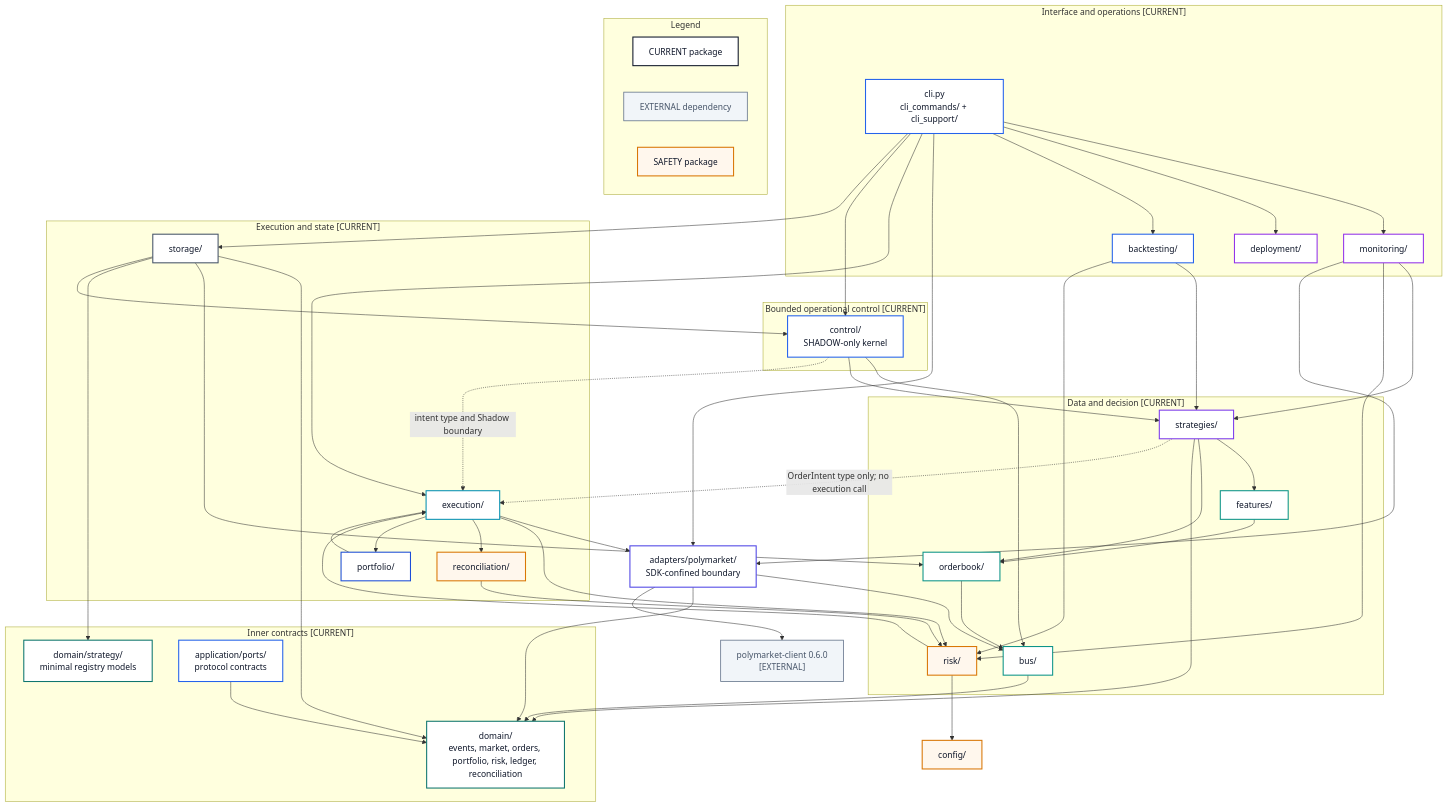
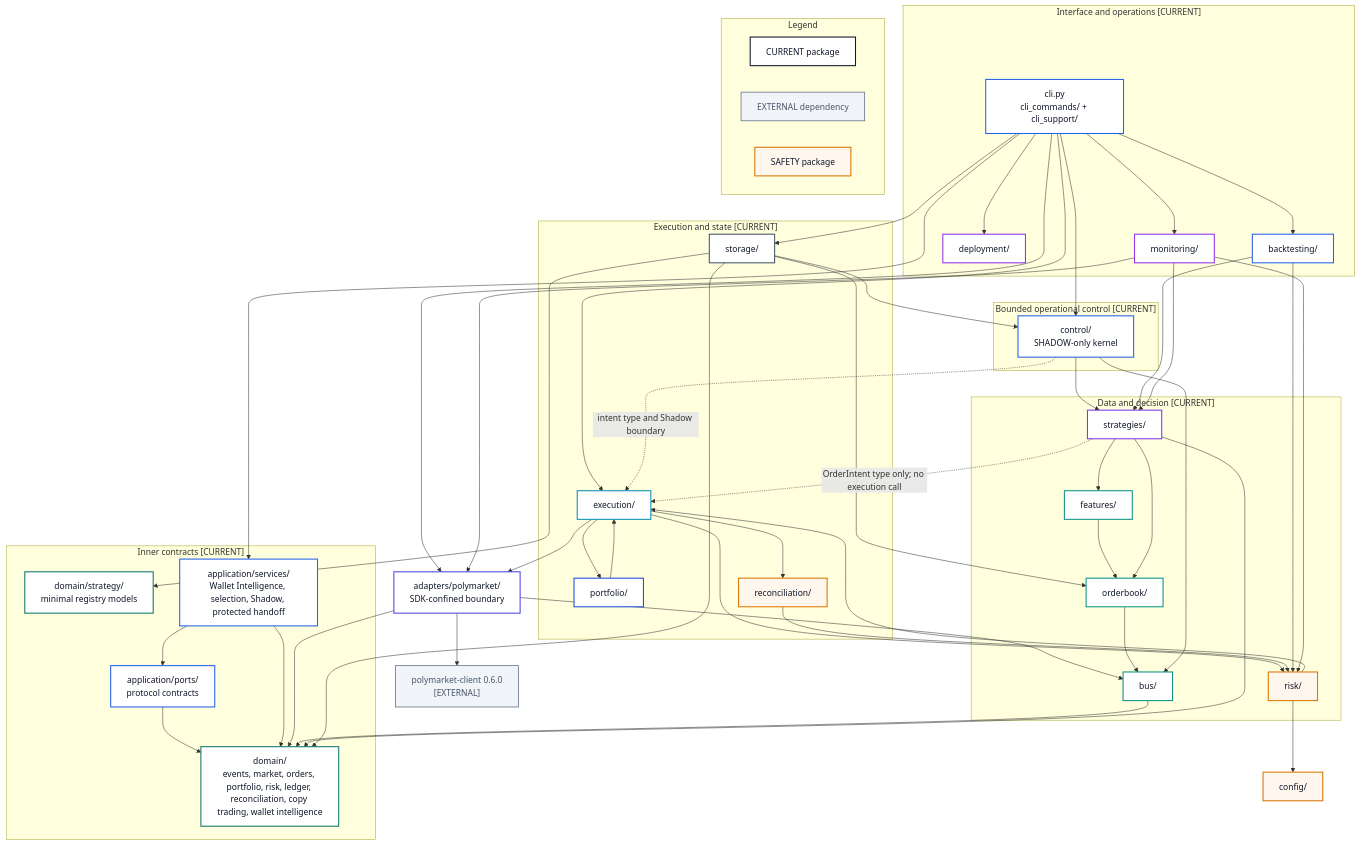
The diagram in docs/04-architecture/visual-system/views/05-current-component-map.md (PolySia-Systems/Platform), drawn with Mermaid before and after one commit. The commit also changed other lines of this file and 36 other files, not shown here.

Commit message:
docs(architecture): align current platform evidence

```diff
--- a/docs/04-architecture/visual-system/views/05-current-component-map.md
+++ b/docs/04-architecture/visual-system/views/05-current-component-map.md
@@ -21,9 +21,10 @@
   end
 
   subgraph CORE["Inner contracts [CURRENT]"]
-    Domain["domain/\nevents, market, orders, portfolio, risk, ledger, reconciliation"]:::domain
+    Domain["domain/\nevents, market, orders, portfolio, risk, ledger, reconciliation, copy trading, wallet intelligence"]:::domain
     Registry["domain/strategy/\nminimal registry models"]:::domain
     Ports["application/ports/\nprotocol contracts"]:::application
+    Services["application/services/\nWallet Intelligence, selection, Shadow, protected handoff"]:::application
   end
 
   subgraph CONTROL["Bounded operational control [CURRENT]"]
@@ -56,7 +57,10 @@
   CLI --> Execution
   CLI --> ControlKernel
   CLI --> Storage
+  CLI --> Services
   Ports --> Domain
+  Services --> Ports
+  Services --> Domain
   Adapter --> Domain
   Adapter --> Bus
   Adapter --> SDK
```
